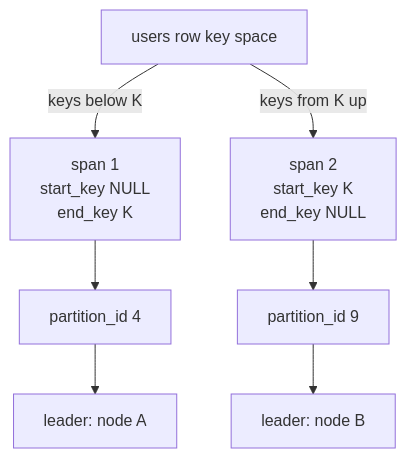
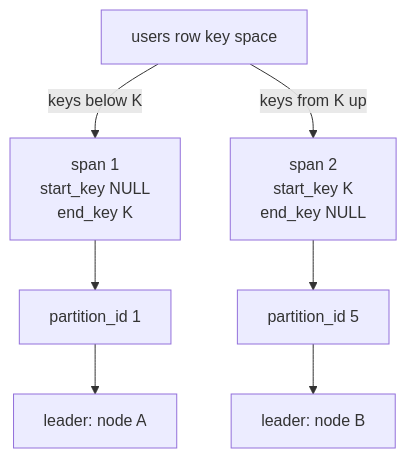
One commit to camusdb/camusdb.github.io changed the diagram in docs/show-ranges.md. Above: the diagram before and after it, drawn with Mermaid. The commit also changed other lines of this file and 216 other files, not shown here.

````diff
--- a/docs/show-ranges.md
+++ b/docs/show-ranges.md
@@ -39,9 +72,9 @@
 ```mermaid
 flowchart TD
     KS["users row key space"] -->|keys below K| S1["span 1<br/>start_key NULL<br/>end_key K"]
     KS -->|keys from K up| S2["span 2<br/>start_key K<br/>end_key NULL"]
-    S1 --> P1["partition_id 4"]
-    S2 --> P2["partition_id 9"]
+    S1 --> P1["partition_id 1"]
+    S2 --> P2["partition_id 5"]
     P1 --> L1["leader: node A"]
     P2 --> L2["leader: node B"]
 ```
````
